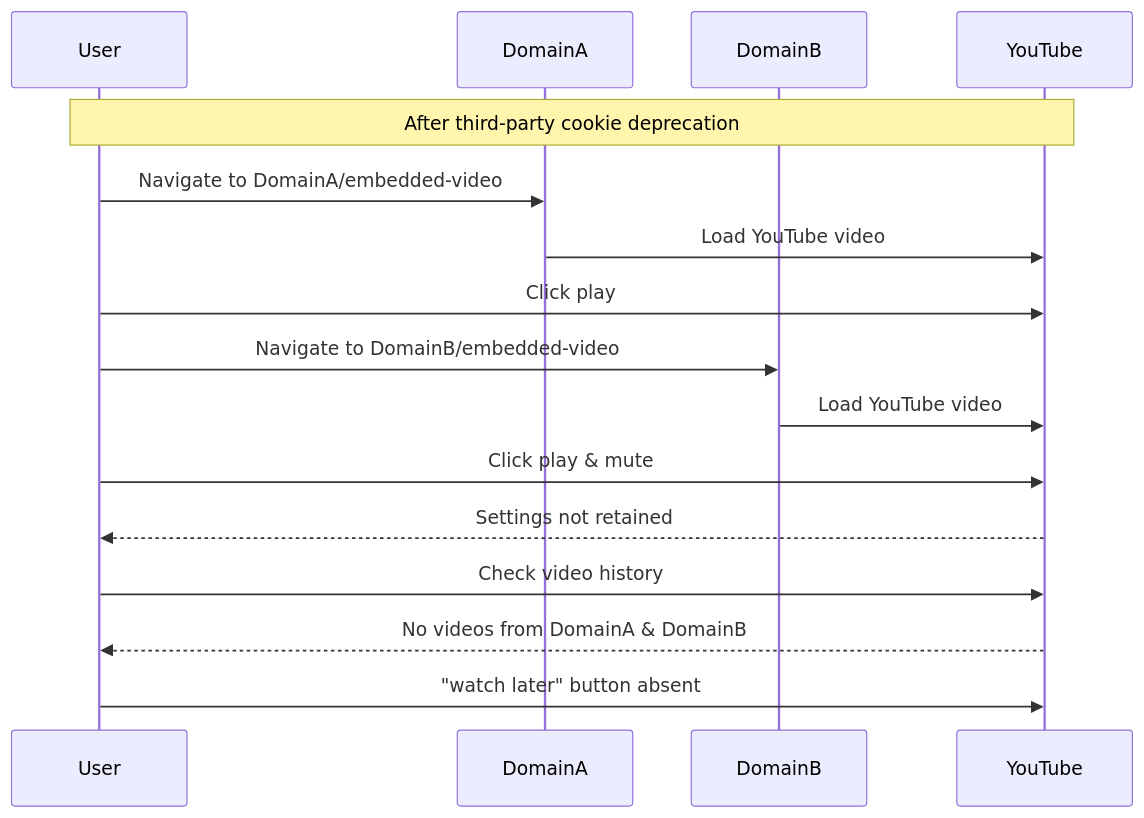
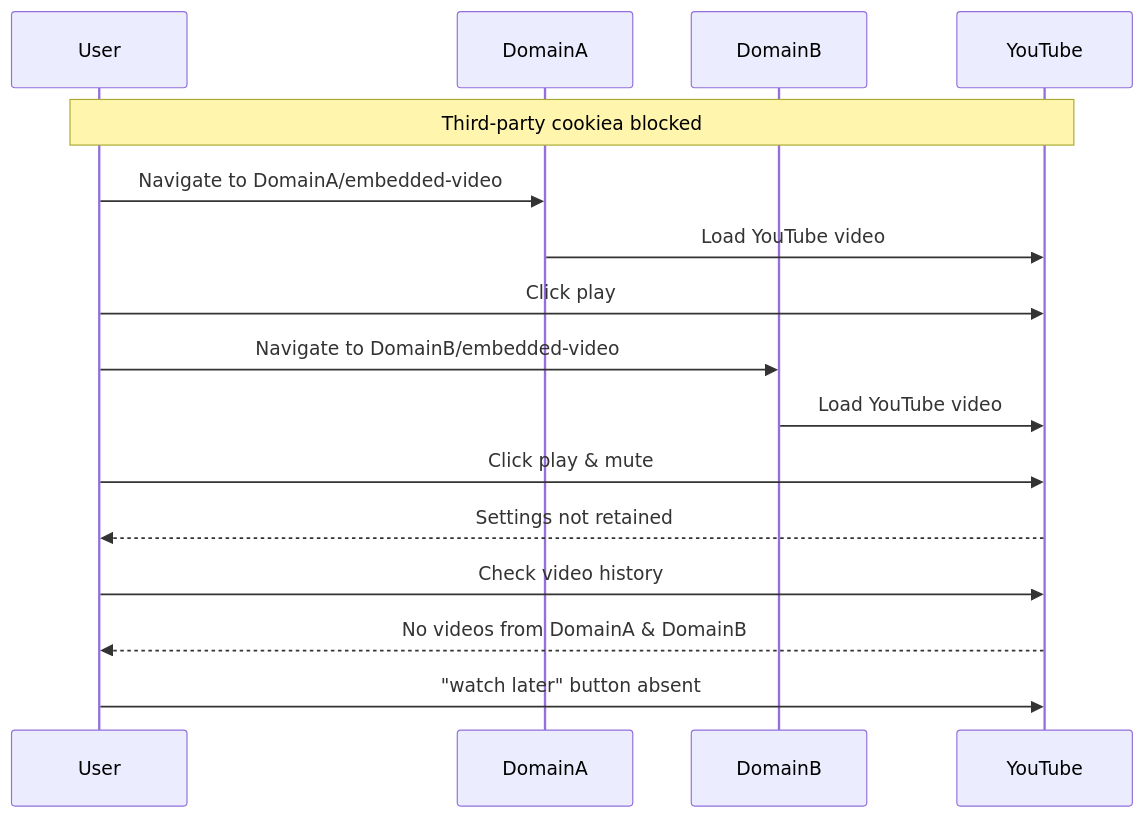
Before and after one commit to rtCamp/ps-analysis-tool-wiki: the seventh of 7 diagrams in Example-analysis-scenarios.md, drawn with Mermaid. The commit also changed other lines of this file and 5 other files, not shown here.

````diff
--- a/Example-analysis-scenarios.md
+++ b/Example-analysis-scenarios.md
@@ -330,23 +330,23 @@
 ```mermaid
 sequenceDiagram
     participant User
     participant DomainA
     participant DomainB
     participant YouTube
 
- Note over User,YouTube: After third-party cookie deprecation
+ Note over User,YouTube: Third-party cookiea blocked
 
     User->>DomainA: Navigate to DomainA/embedded-video
     DomainA->>YouTube: Load YouTube video
     User->>YouTube: Click play
 
     User->>DomainB: Navigate to DomainB/embedded-video
     DomainB->>YouTube: Load YouTube video
     User->>YouTube: Click play & mute
     YouTube-->>User: Settings not retained
 
     User->>YouTube: Check video history
     YouTube-->>User: No videos from DomainA & DomainB
 
     User->>YouTube: "watch later" button absent
 ```
````
